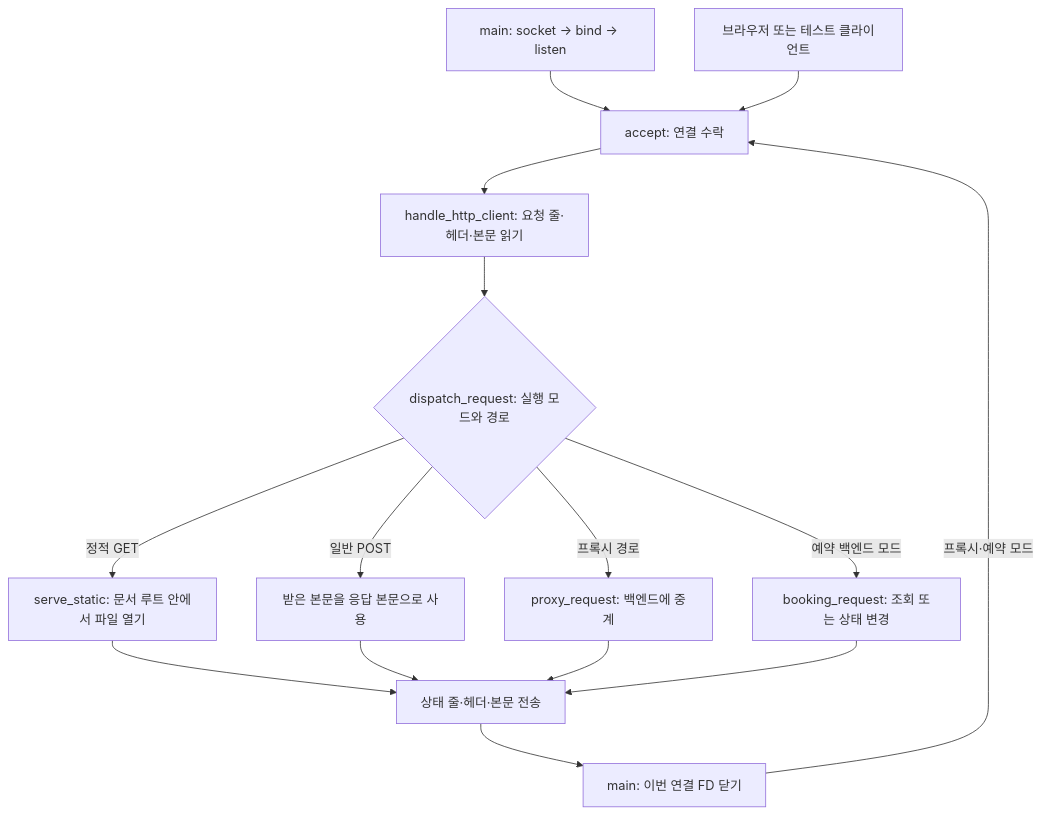
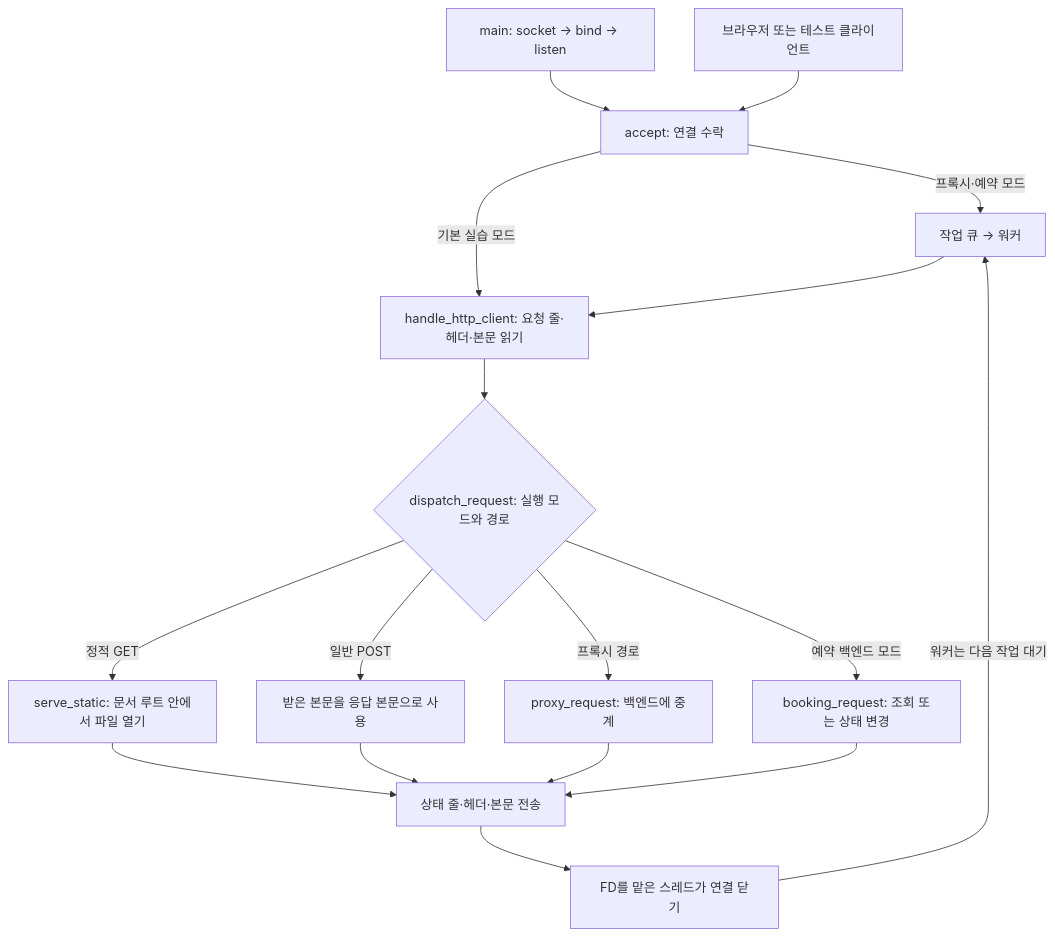
Before and after one commit to choimoohun/SW-AI-W13-Web-Server: the diagram in docs/server.md, drawn with Mermaid. The commit also changed other lines of this file and 15 other files, not shown here.

````diff
--- a/docs/server.md
+++ b/docs/server.md
@@ -7,17 +7,19 @@
 ```mermaid
 flowchart TD
     Start["main: socket → bind → listen"] --> Accept["accept: 연결 수락"]
     Client[브라우저 또는 테스트 클라이언트] --> Accept
-    Accept --> Parse["handle_http_client: 요청 줄·헤더·본문 읽기"]
+    Accept -->|"프록시·예약 모드"| Queue["작업 큐 → 워커"]
+    Accept -->|"기본 실습 모드"| Parse["handle_http_client: 요청 줄·헤더·본문 읽기"]
+    Queue --> Parse
     Parse --> Route{"dispatch_request: 실행 모드와 경로"}
     Route -->|"정적 GET"| File["serve_static: 문서 루트 안에서 파일 열기"]
     Route -->|"일반 POST"| Echo["받은 본문을 응답 본문으로 사용"]
     Route -->|"프록시 경로"| Proxy["proxy_request: 백엔드에 중계"]
     Route -->|"예약 백엔드 모드"| Booking["booking_request: 조회 또는 상태 변경"]
     File --> Send["상태 줄·헤더·본문 전송"]
     Echo --> Send
     Proxy --> Send
     Booking --> Send
-    Send --> Close["main: 이번 연결 FD 닫기"]
-    Close -->|"프록시·예약 모드"| Accept
+    Send --> Close["FD를 맡은 스레드가 연결 닫기"]
+    Close -->|"워커는 다음 작업 대기"| Queue
 ```
````
